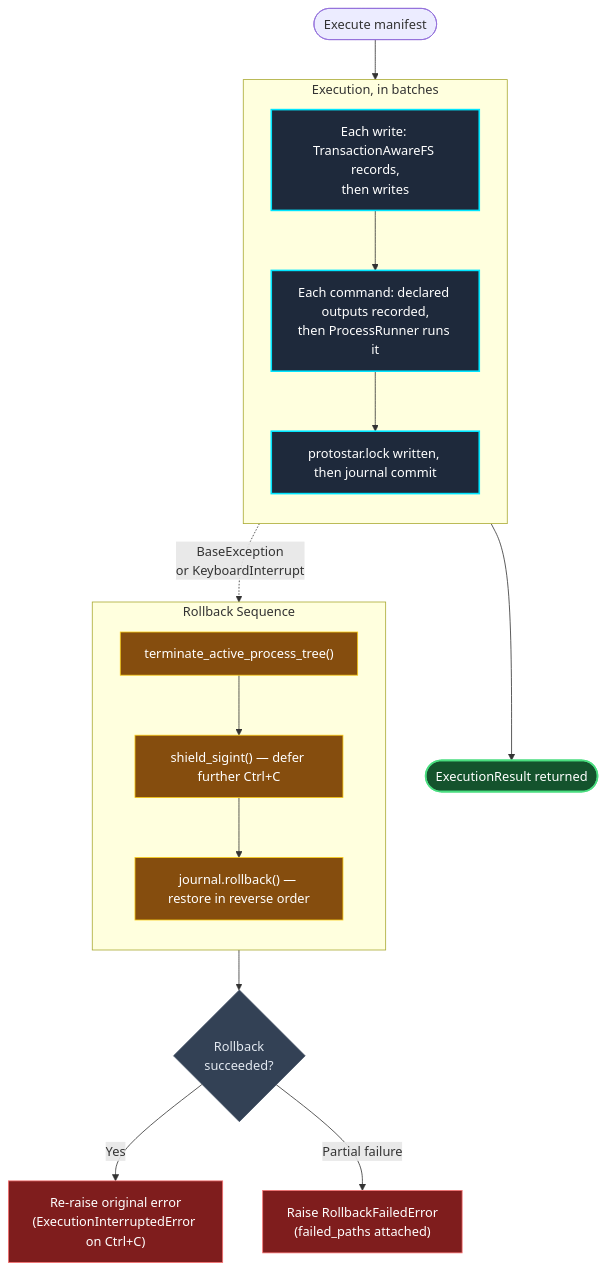
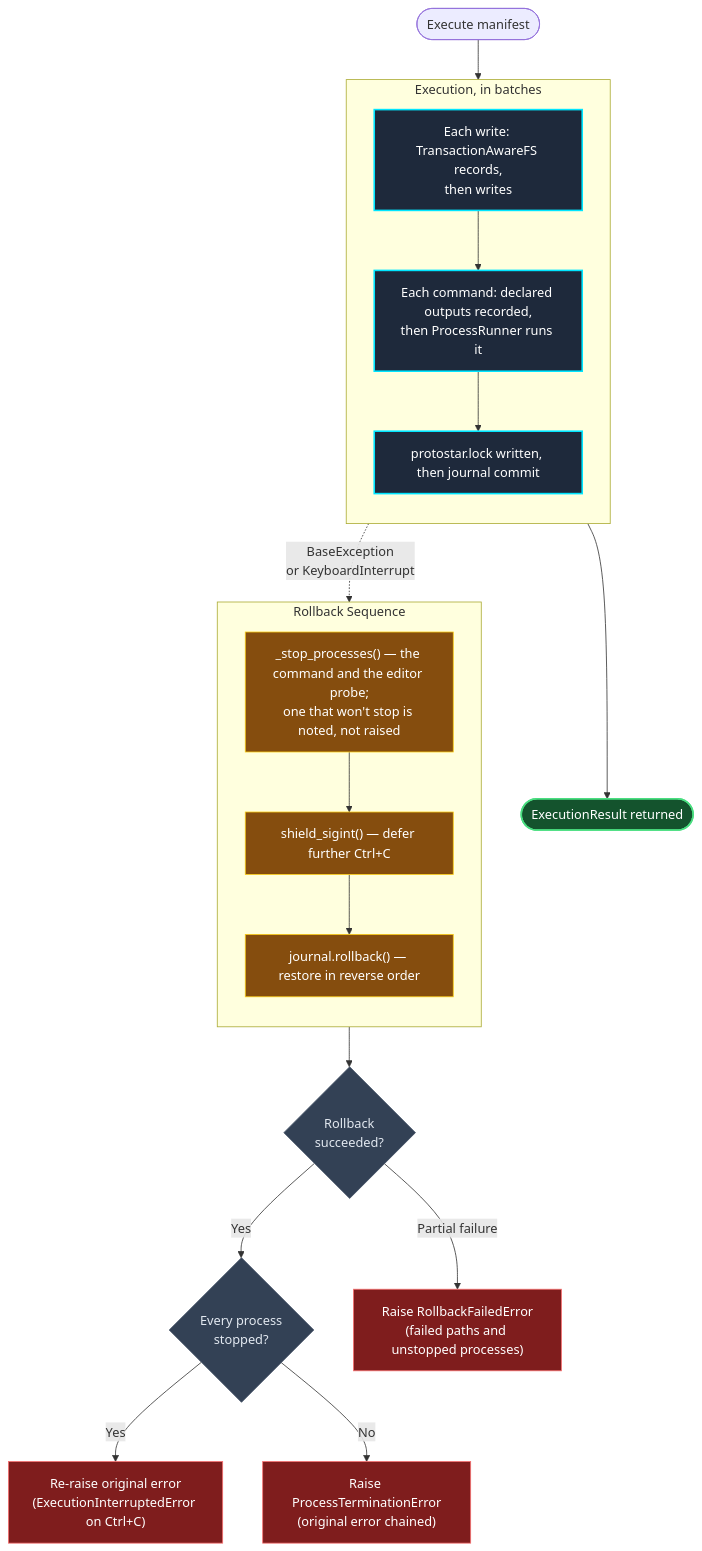
One commit to JacksonFergusonDev/protostar changed the second of 2 diagrams in docs/mechanics/rollback.md. Above: the diagram before and after it, drawn with Mermaid. The commit also changed other lines of this file and 9 other files, not shown here.

First line of the commit message:
fix(executor): roll back even when a process won't stop (#537)

````diff
--- a/docs/mechanics/rollback.md
+++ b/docs/mechanics/rollback.md
@@ -41,34 +41,36 @@
 ```mermaid
 flowchart TD
     classDef phase fill:#1e293b,stroke:#00e5ff,stroke-width:2px,color:#fff;
     classDef decision fill:#334155,stroke:#475569,stroke-width:1px,color:#e2e8f0;
     classDef success fill:#14532d,stroke:#4ade80,stroke-width:2px,color:#fff;
     classDef rollback fill:#854d0e,stroke:#facc15,stroke-width:1px,color:#fff;
     classDef error fill:#7f1d1d,stroke:#f87171,stroke-width:1px,color:#fff;
 
     Start([Execute manifest]) --> Steps
 
     subgraph Steps ["Execution, in batches"]
         direction TB
         S1["Each write: TransactionAwareFS records,<br/>then writes"]:::phase
         S2["Each command: declared outputs recorded,<br/>then ProcessRunner runs it"]:::phase
         S3["protostar.lock written, then journal commit"]:::phase
         S1 --> S2 --> S3
     end
 
     S3 --> Done([ExecutionResult returned]):::success
 
     Steps -. "BaseException\nor KeyboardInterrupt" .-> RB
 
     subgraph RB ["Rollback Sequence"]
         direction TB
-        R1["terminate_active_process_tree()"]:::rollback
+        R1["_stop_processes() — the command and the editor probe;<br/>one that won't stop is noted, not raised"]:::rollback
         R2["shield_sigint() — defer further Ctrl+C"]:::rollback
         R3["journal.rollback() — restore in reverse order"]:::rollback
         R1 --> R2 --> R3
     end
 
     R3 --> Check{Rollback\nsucceeded?}:::decision
-    Check -- "Yes" --> ReRaise["Re-raise original error\n(ExecutionInterruptedError on Ctrl+C)"]:::error
-    Check -- "Partial failure" --> RFE["Raise RollbackFailedError\n(failed_paths attached)"]:::error
+    Check -- "Yes" --> Stopped{Every process\nstopped?}:::decision
+    Stopped -- "Yes" --> ReRaise["Re-raise original error\n(ExecutionInterruptedError on Ctrl+C)"]:::error
+    Stopped -- "No" --> PTE["Raise ProcessTerminationError\n(original error chained)"]:::error
+    Check -- "Partial failure" --> RFE["Raise RollbackFailedError\n(failed paths and unstopped processes)"]:::error
 ```
````
